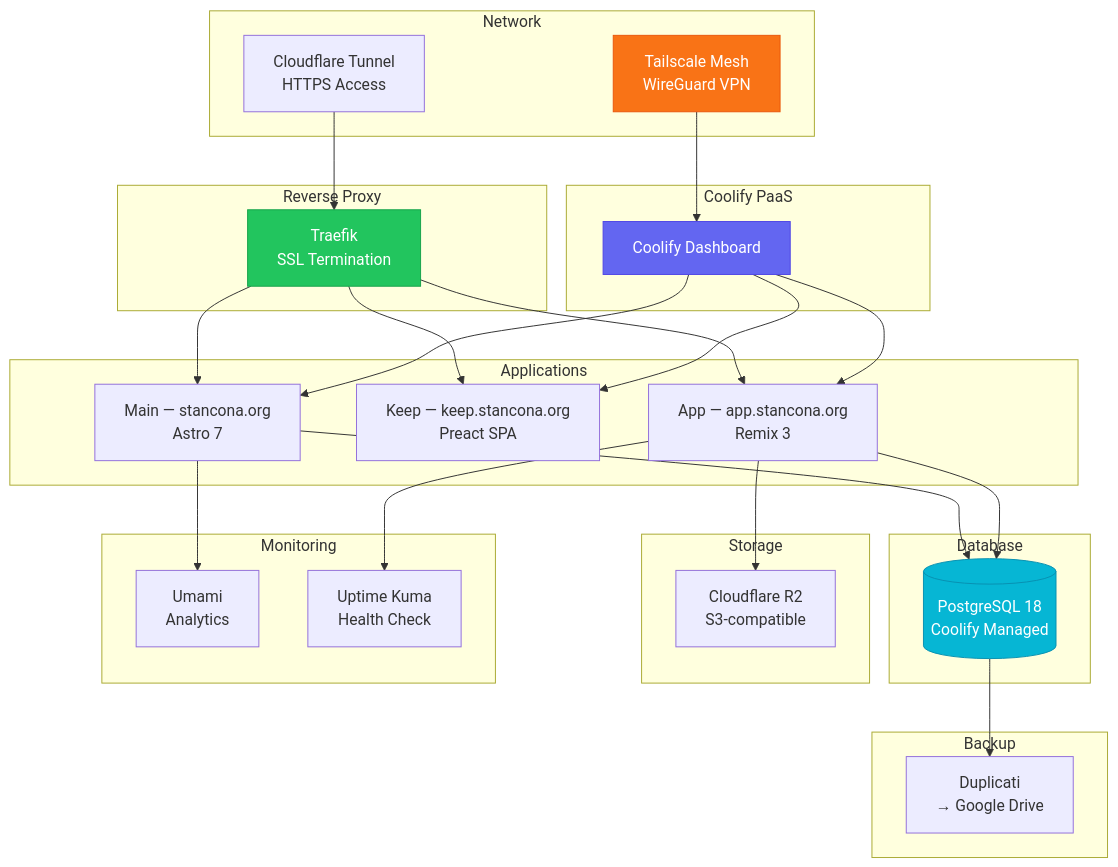
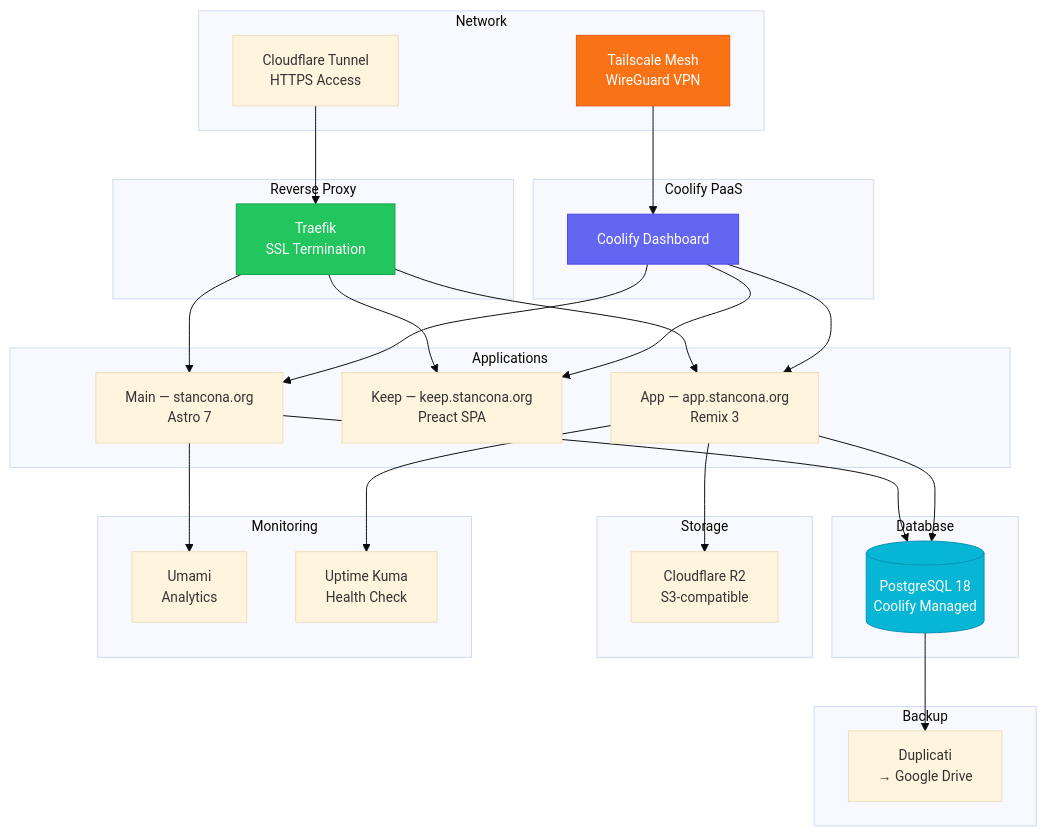
One commit to stancona/portfolio changed the diagram in diagrams/infrastructure-stack.mmd. Above: the diagram before and after it, drawn with Mermaid. The commit also changed 8 other files, not shown here.

First line of the commit message:
fix: CI TR screenshots, license, diagram fonts, TR README paths

```diff
--- a/diagrams/infrastructure-stack.mmd
+++ b/diagrams/infrastructure-stack.mmd
@@ -1,56 +1,57 @@
+%%{init: {"theme": "base", "themeVariables": {"fontFamily": "AlegreyaSans, sans-serif", "fontSize": "14px"}}}%%
 graph TB
     subgraph "Coolify PaaS"
         C[Coolify Dashboard]
     end
 
     subgraph "Applications"
         M[Main — stancona.org<br/>Astro 7]
         K[Keep — keep.stancona.org<br/>Preact SPA]
         A[App — app.stancona.org<br/>Remix 3]
     end
 
     subgraph "Reverse Proxy"
         T[Traefik<br/>SSL Termination]
     end
 
     subgraph "Database"
         PG[(PostgreSQL 18<br/>Coolify Managed)]
     end
 
     subgraph "Storage"
         R2[Cloudflare R2<br/>S3-compatible]
     end
 
     subgraph "Network"
         TS[Tailscale Mesh<br/>WireGuard VPN]
         CF[Cloudflare Tunnel<br/>HTTPS Access]
     end
 
     subgraph "Monitoring"
         UM[Umami<br/>Analytics]
         UK[Uptime Kuma<br/>Health Check]
     end
 
     subgraph "Backup"
         DUP[Duplicati<br/>→ Google Drive]
     end
 
     T --> M
     T --> K
     T --> A
     M --> PG
     A --> PG
     A --> R2
     C --> M
     C --> K
     C --> A
     TS --> C
     CF --> T
     M --> UM
     A --> UK
     PG --> DUP
 
     style C fill:#6366f1,stroke:#4f46e5,color:#fff
     style T fill:#22c55e,stroke:#16a34a,color:#fff
     style PG fill:#06b6d4,stroke:#0891b2,color:#fff
     style TS fill:#f97316,stroke:#ea580c,color:#fff
```
